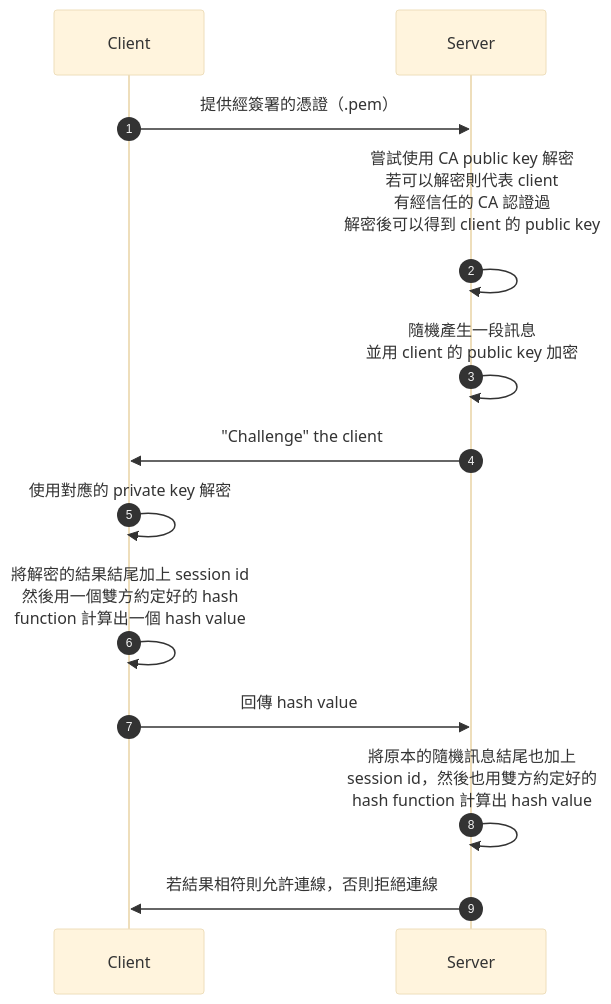
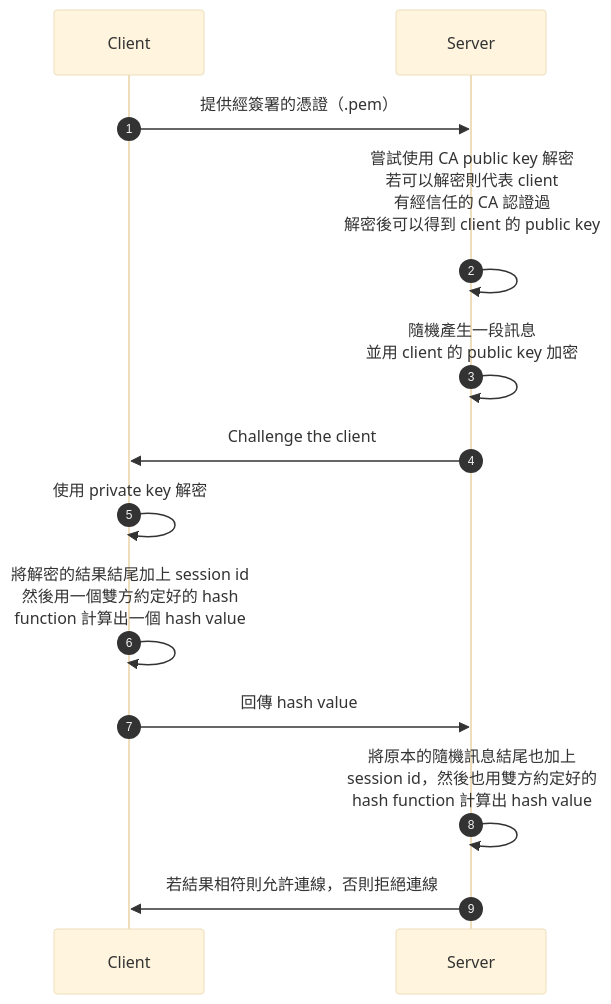
One commit to bingyangchen/KM-software changed the seventh of 7 diagrams in Network/SSH 基本概念.md. Above: the diagram before and after it, drawn with Mermaid (base theme). The commit also changed other lines of this file and 58 other files, not shown here.

````diff
--- a/Network/SSH 基本概念.md
+++ b/Network/SSH 基本概念.md
@@ -152,13 +154,13 @@
     ```mermaid
     sequenceDiagram
         autonumber
         Client->>Server: 提供經簽署的憑證（.pem）
         Server->>Server: 嘗試使用 CA public key 解密<br/>若可以解密則代表 client<br/>有經信任的 CA 認證過<br/>解密後可以得到 client 的 public key<br/>
         Server->>Server: 隨機產生一段訊息<br/>並用 client 的 public key 加密
-        Server->>Client: "Challenge" the client
-        Client->>Client: 使用對應的 private key 解密
+        Server->>Client: Challenge the client
+        Client->>Client: 使用 private key 解密
         Client->>Client: 將解密的結果結尾加上 session id<br/>然後用一個雙方約定好的 hash<br/>function 計算出一個 hash value
         Client->>Server: 回傳 hash value
         Server->>Server: 將原本的隨機訊息結尾也加上<br/>session id，然後也用雙方約定好的<br/>hash function 計算出 hash value
         Server->>Client: 若結果相符則允許連線，否則拒絕連線
     ```
````
